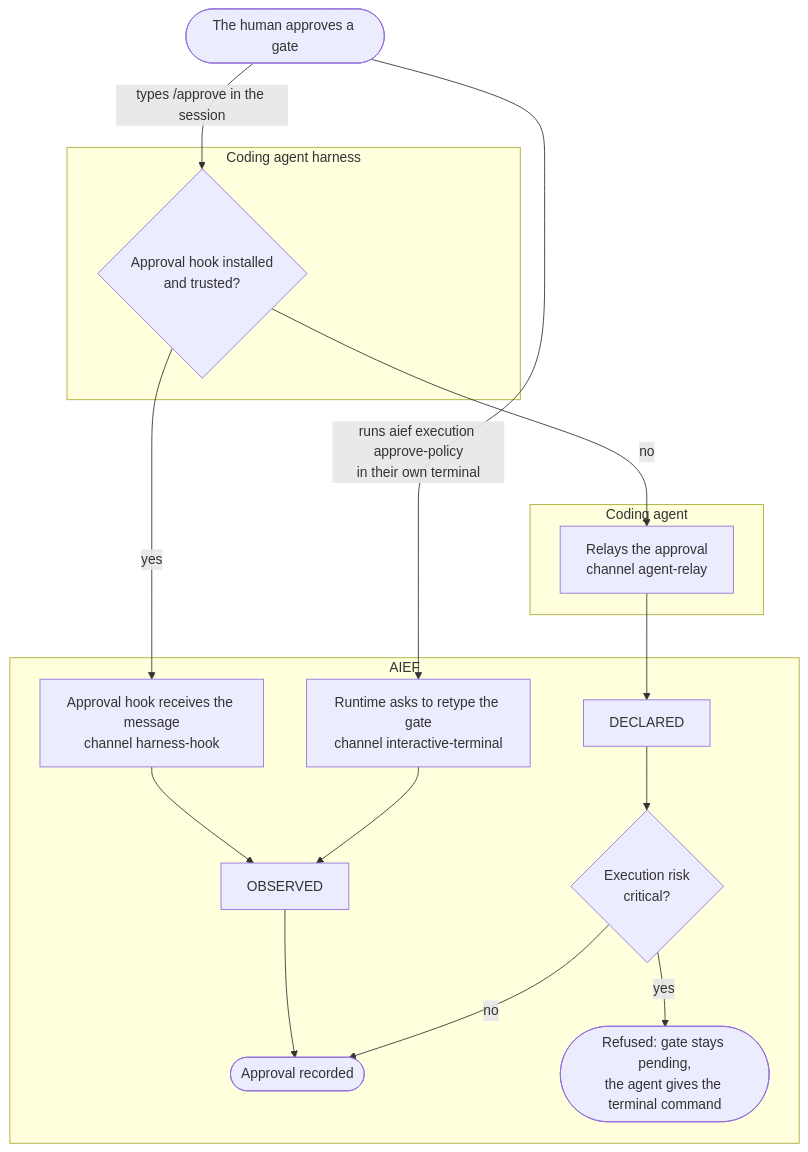
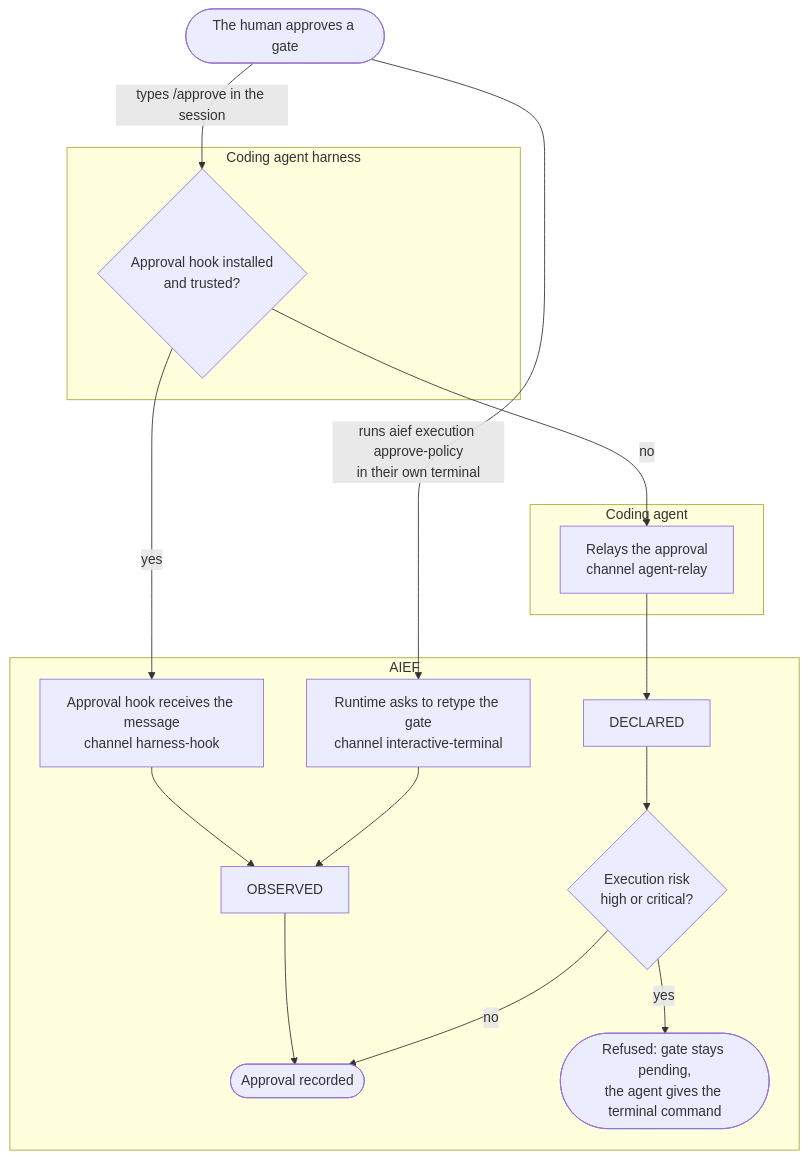
The second of 2 diagrams in docs/34-human-approval.md (ricken07/ai-engineering-factory), drawn with Mermaid before and after one commit. The commit also changed other lines of this file and 11 other files, not shown here.

Commit message:
feat: require approvals from the human at high risk

````diff
--- a/docs/34-human-approval.md
+++ b/docs/34-human-approval.md
@@ -154,32 +154,32 @@
 ```mermaid
 flowchart TD
     A(["The human approves a gate"])
     A -->|"types /approve in the session"| C
     A -->|"runs aief execution approve-policy<br/>in their own terminal"| T
 
     subgraph HARNESS["Coding agent harness"]
         C{"Approval hook installed<br/>and trusted?"}
     end
     subgraph AGENT["Coding agent"]
         R["Relays the approval<br/>channel agent-relay"]
     end
     subgraph AIEF["AIEF"]
         K["Approval hook receives the message<br/>channel harness-hook"]
         T["Runtime asks to retype the gate<br/>channel interactive-terminal"]
         O["OBSERVED"]
         D["DECLARED"]
-        P{"Execution risk<br/>critical?"}
+        P{"Execution risk<br/>high or critical?"}
         OK(["Approval recorded"])
         X(["Refused: gate stays pending,<br/>the agent gives the terminal command"])
     end
 
     C -->|yes| K
     C -->|no| R
     K --> O
     T --> O
     R --> D
     O --> OK
     D --> P
     P -->|no| OK
     P -->|yes| X
 ```
````
